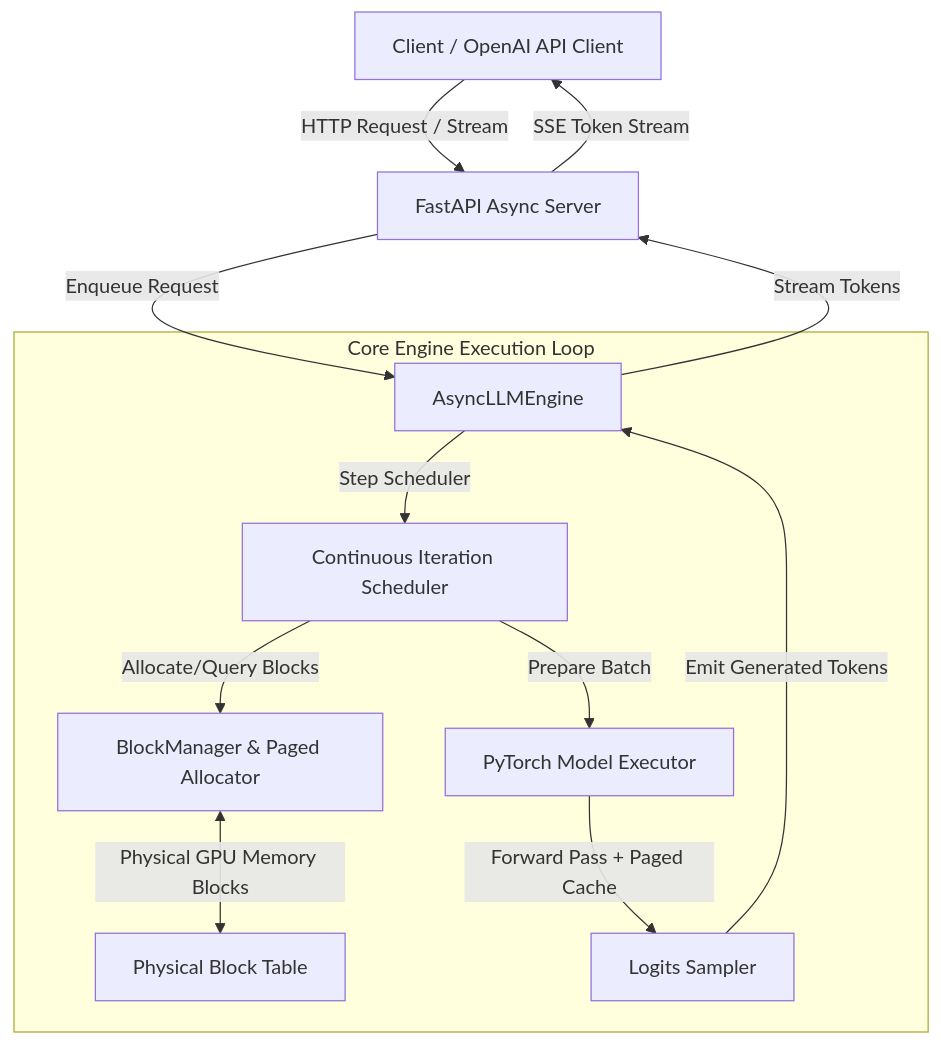
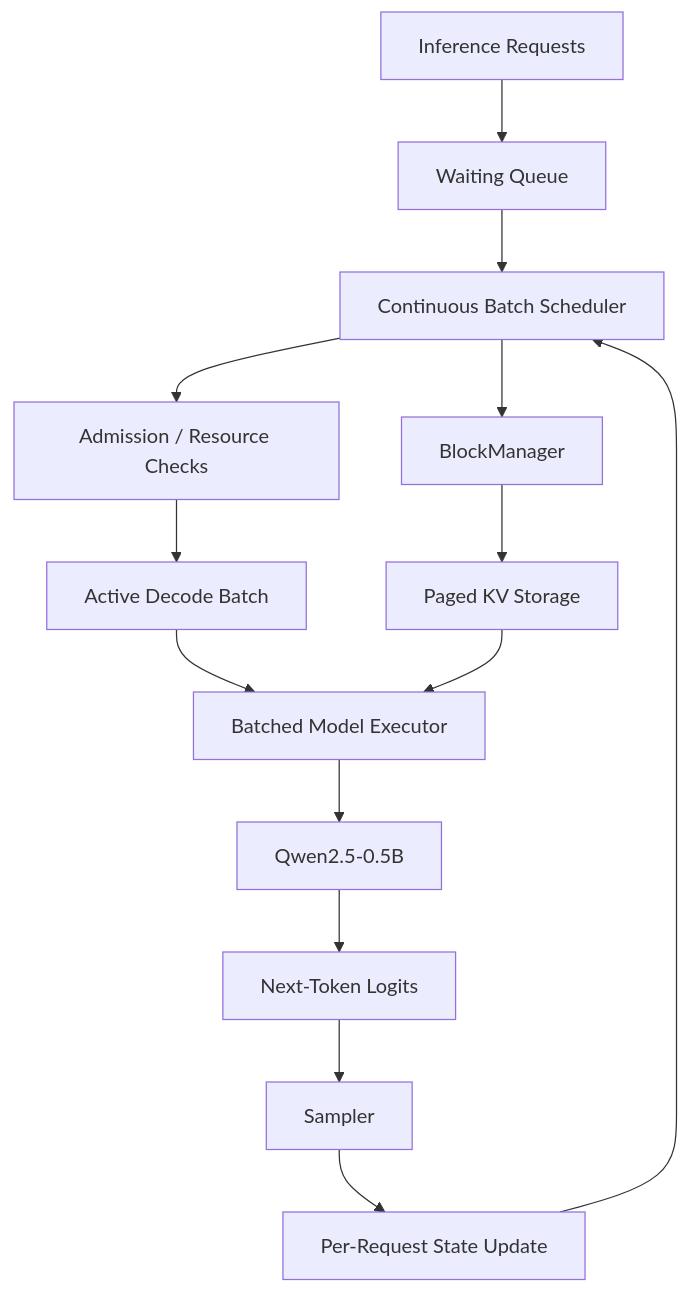
The diagram in README.md (danishshaikh06/ForgeServe), drawn with Mermaid before and after one commit. The commit also changed other lines of this file, not shown here.

````diff
--- a/README.md
+++ b/README.md
@@ -26,17 +111,24 @@
 ```mermaid
 flowchart TD
-    Client[Client / OpenAI API Client] -->|HTTP Request / Stream| Server[FastAPI Async Server]
-    Server -->|Enqueue Request| Engine[AsyncLLMEngine]
-    
-    subgraph Core Engine Execution Loop
-        Engine -->|Step Scheduler| Scheduler[Continuous Iteration Scheduler]
-        Scheduler -->|Allocate/Query Blocks| BlockMgr[BlockManager & Paged Allocator]
-        BlockMgr <-->|Physical GPU Memory Blocks| BlockTable[Physical Block Table]
-        Scheduler -->|Prepare Batch| Executor[PyTorch Model Executor]
-        Executor -->|Forward Pass + Paged Cache| Sampler[Logits Sampler]
-        Sampler -->|Emit Generated Tokens| Engine
-    end
-    
-    Engine -->|Stream Tokens| Server
-    Server -->|SSE Token Stream| Client
+    Client[Inference Requests] --> Queue[Waiting Queue]
+
+    Queue --> Scheduler[Continuous Batch Scheduler]
+
+    Scheduler --> Admission[Admission / Resource Checks]
+
+    Admission --> Batch[Active Decode Batch]
+
+    Scheduler --> BlockMgr[BlockManager]
+    BlockMgr --> KV[Paged KV Storage]
+
+    Batch --> Executor[Batched Model Executor]
+    KV --> Executor
+
+    Executor --> Model[Qwen2.5-0.5B]
+    Model --> Logits[Next-Token Logits]
+
+    Logits --> Sampler[Sampler]
+    Sampler --> State[Per-Request State Update]
+
+    State --> Scheduler
 ```
````
